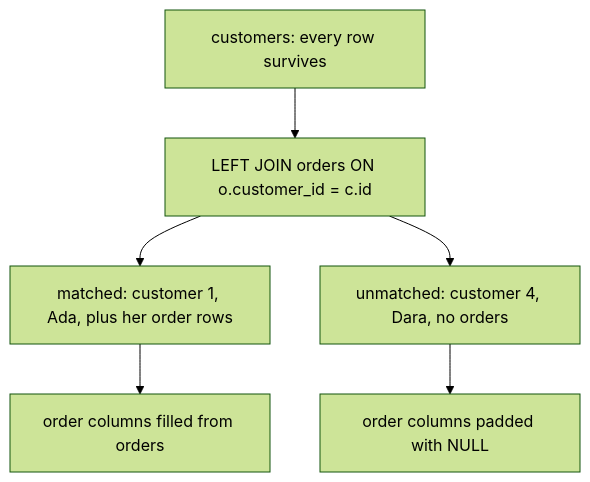
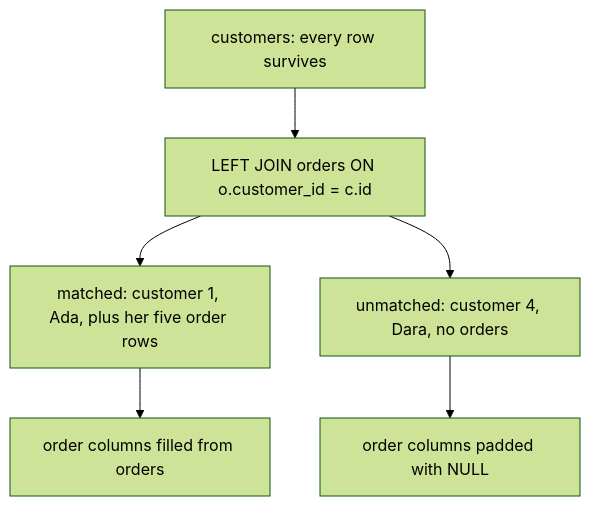
The diagram in web/src/data/content/j2.md (theakhandpatel/querycraft), drawn with Mermaid (forest theme) before and after one commit. The commit also changed other lines of this file and 61 other files, not shown here.

````diff
--- a/web/src/data/content/j2.md
+++ b/web/src/data/content/j2.md
@@ -11,8 +52,8 @@
 ```mermaid
 flowchart TD
     C["customers: every row survives"] --> J["LEFT JOIN orders ON o.customer_id = c.id"]
-    J --> M["matched: customer 1, Ada, plus her order rows"]
+    J --> M["matched: customer 1, Ada, plus her five order rows"]
     J --> N["unmatched: customer 4, Dara, no orders"]
     M --> MR["order columns filled from orders"]
     N --> NR["order columns padded with NULL"]
 ```
````
